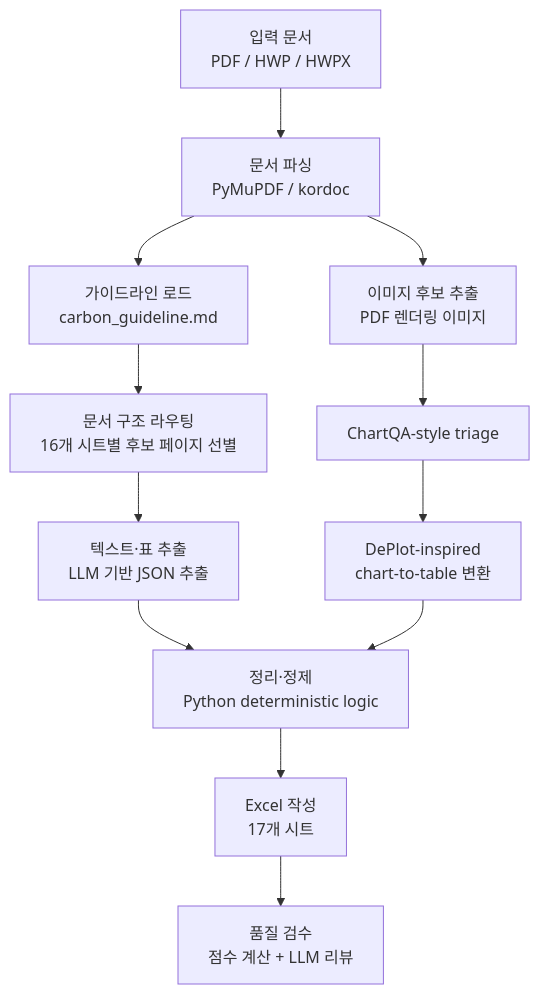
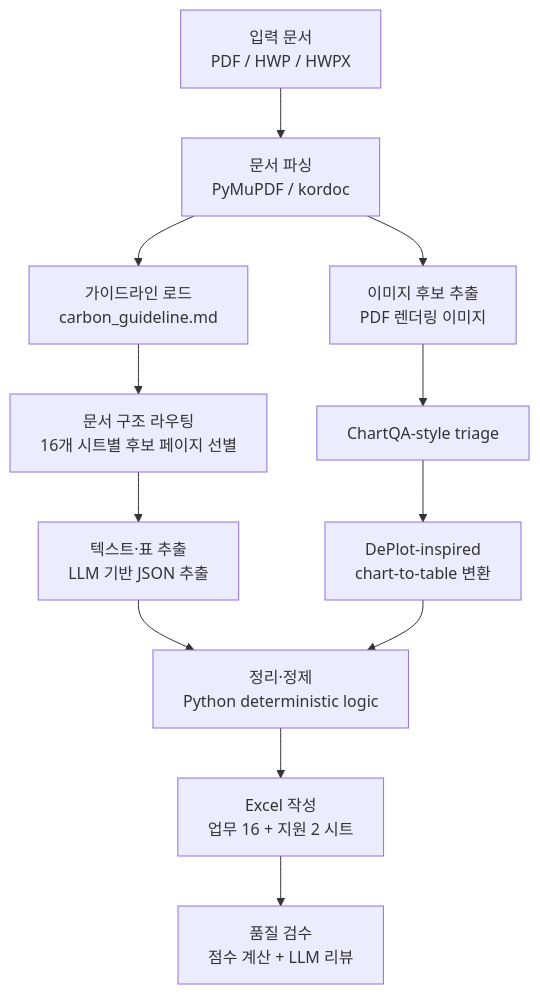
The diagram in README.md (azureleo/2026_GovReport_Analyzer), drawn with Mermaid before and after one commit. The commit also changed other lines of this file and 82 other files, not shown here.

````diff
--- a/README.md
+++ b/README.md
@@ -29,14 +139,14 @@
 ```mermaid
 flowchart TD
     A["입력 문서<br/>PDF / HWP / HWPX"] --> B["문서 파싱<br/>PyMuPDF / kordoc"]
     B --> C["가이드라인 로드<br/>carbon_guideline.md"]
     C --> D["문서 구조 라우팅<br/>16개 시트별 후보 페이지 선별"]
     D --> E["텍스트·표 추출<br/>LLM 기반 JSON 추출"]
     B --> F["이미지 후보 추출<br/>PDF 렌더링 이미지"]
     F --> G["ChartQA-style triage"]
     G --> H["DePlot-inspired<br/>chart-to-table 변환"]
     E --> I["정리·정제<br/>Python deterministic logic"]
     H --> I
-    I --> J["Excel 작성<br/>17개 시트"]
+    I --> J["Excel 작성<br/>업무 16 + 지원 2 시트"]
     J --> K["품질 검수<br/>점수 계산 + LLM 리뷰"]
 ```
````
